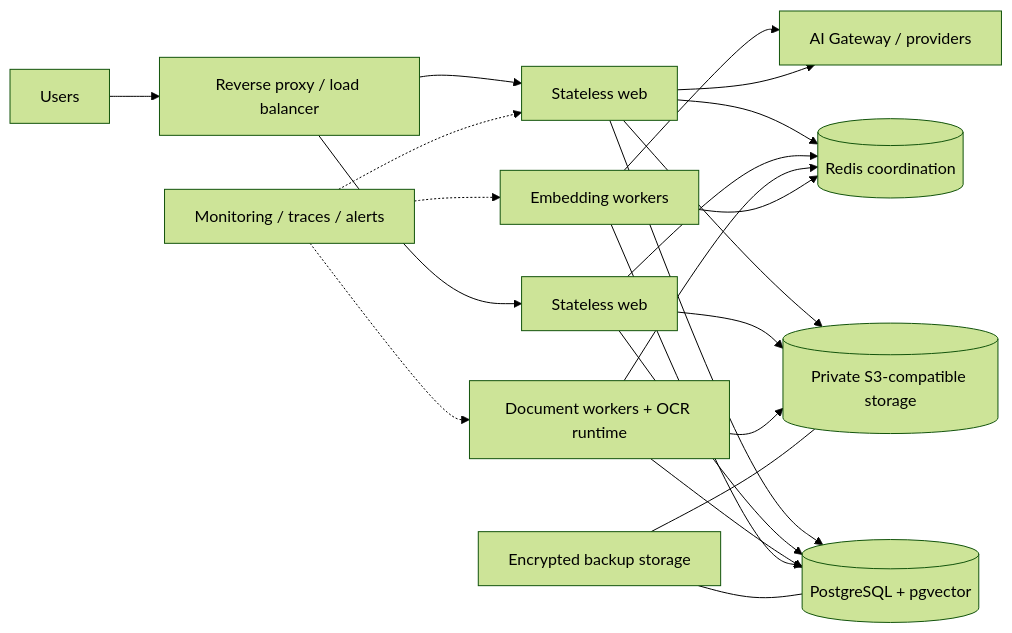
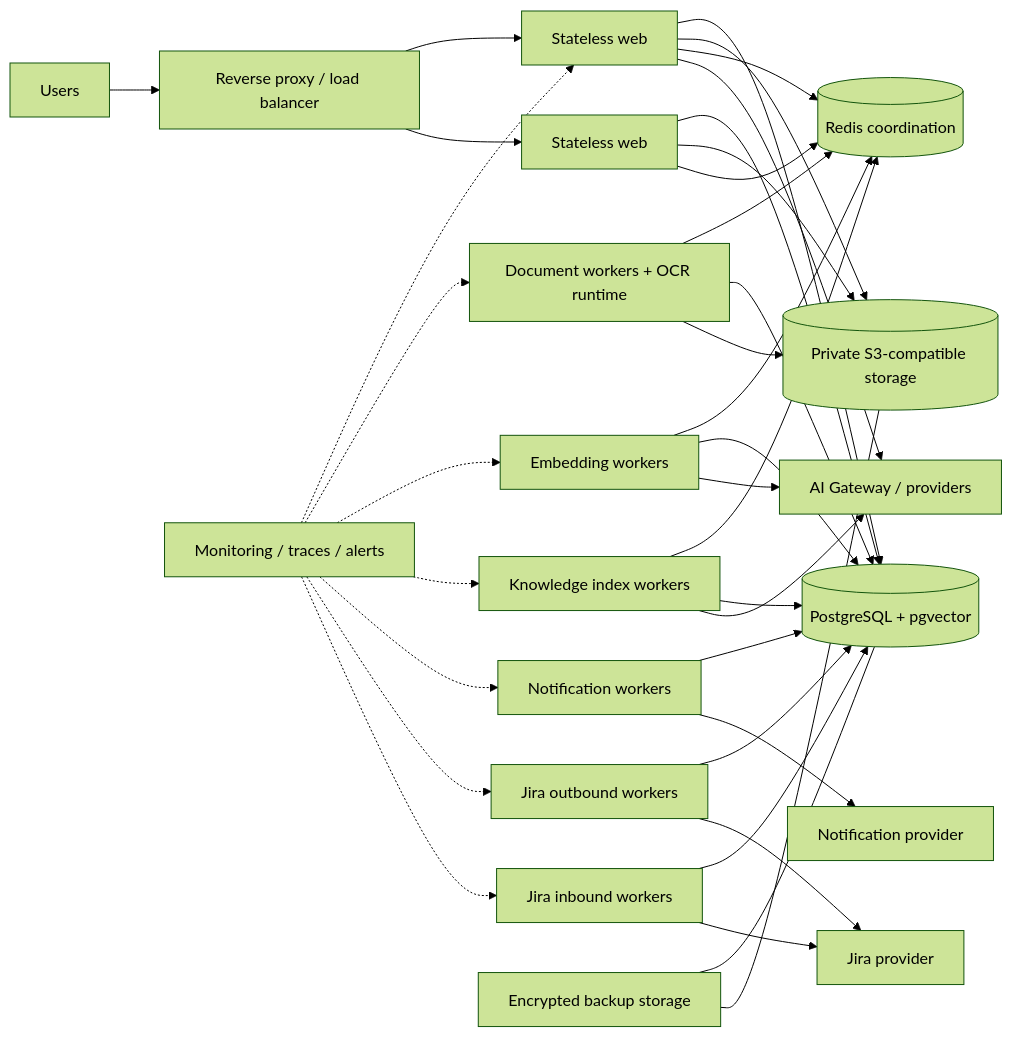
The diagram in docs/PRODUCTION_ARCHITECTURE.md (alexkharavantime/avantime-platform), drawn with Mermaid (forest theme) before and after one commit. The commit also changed other lines of this file and 30 other files, not shown here.

````diff
--- a/docs/PRODUCTION_ARCHITECTURE.md
+++ b/docs/PRODUCTION_ARCHITECTURE.md
@@ -11,24 +11,37 @@
 ```mermaid
 flowchart LR
   U[Users] --> LB[Reverse proxy / load balancer]
   LB --> W1[Stateless web]
   LB --> W2[Stateless web]
   W1 --> PG[(PostgreSQL + pgvector)]
   W2 --> PG
   W1 --> S3[(Private S3-compatible storage)]
   W2 --> S3
   W1 --> R[(Redis coordination)]
   W2 --> R
   DW[Document workers + OCR runtime] --> R
   EW[Embedding workers] --> R
+  KW[Knowledge index workers] --> R
+  NW[Notification workers] --> PG
+  JO[Jira outbound workers] --> PG
+  JI[Jira inbound workers] --> PG
   DW --> PG
   EW --> PG
+  KW --> PG
   DW --> S3
   EW --> AI[AI Gateway / providers]
+  KW --> AI
+  NW --> NP[Notification provider]
+  JO --> JIRA[Jira provider]
+  JI --> JIRA
   W1 --> AI
   MON[Monitoring / traces / alerts] -.-> W1
   MON -.-> DW
   MON -.-> EW
+  MON -.-> KW
+  MON -.-> NW
+  MON -.-> JO
+  MON -.-> JI
   BK[Encrypted backup storage] --- PG
   BK --- S3
 ```
````
